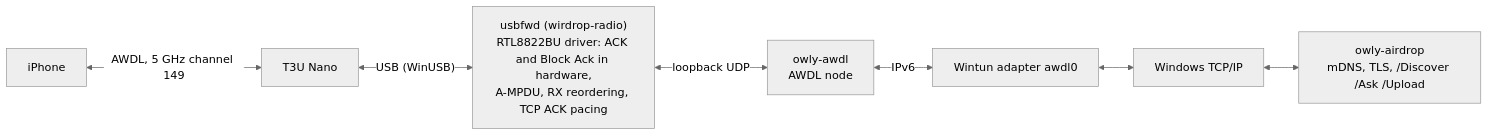
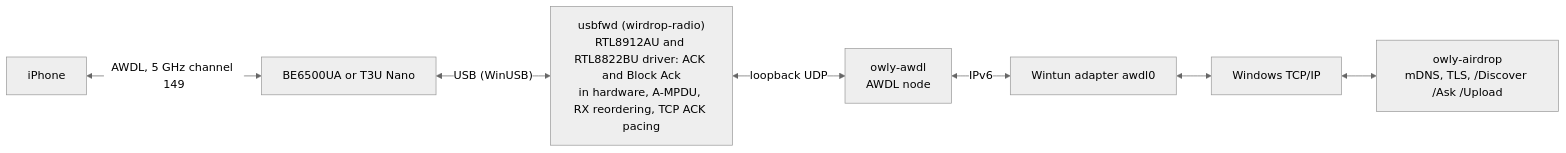
One commit to JungyoKim/WirDrop changed the diagram in docs/how-it-works.md. Above: the diagram before and after it, drawn with Mermaid (neutral theme). The commit also changed other lines of this file and 33 other files, not shown here.

````diff
--- a/docs/how-it-works.md
+++ b/docs/how-it-works.md
@@ -13,9 +13,9 @@
 ```mermaid
 flowchart LR
-    phone[iPhone] <-- "AWDL, 5 GHz channel 149" --> nano[T3U Nano]
-    nano <-- "USB (WinUSB)" --> usbfwd["usbfwd (wirdrop-radio)<br/>RTL8822BU driver: ACK and Block Ack in hardware,<br/>A-MPDU, RX reordering, TCP ACK pacing"]
+    phone[iPhone] <-- "AWDL, 5 GHz channel 149" --> nano["BE6500UA or T3U Nano"]
+    nano <-- "USB (WinUSB)" --> usbfwd["usbfwd (wirdrop-radio)<br/>RTL8912AU and RTL8822BU driver: ACK and Block Ack<br/>in hardware, A-MPDU, RX reordering, TCP ACK pacing"]
     usbfwd <-- "loopback UDP" --> node["owly-awdl<br/>AWDL node"]
     node <-- "IPv6" --> awdl0["Wintun adapter awdl0"]
     awdl0 <--> tcp["Windows TCP/IP"]
     tcp <--> app["owly-airdrop<br/>mDNS, TLS, /Discover /Ask /Upload"]
 ```
````
